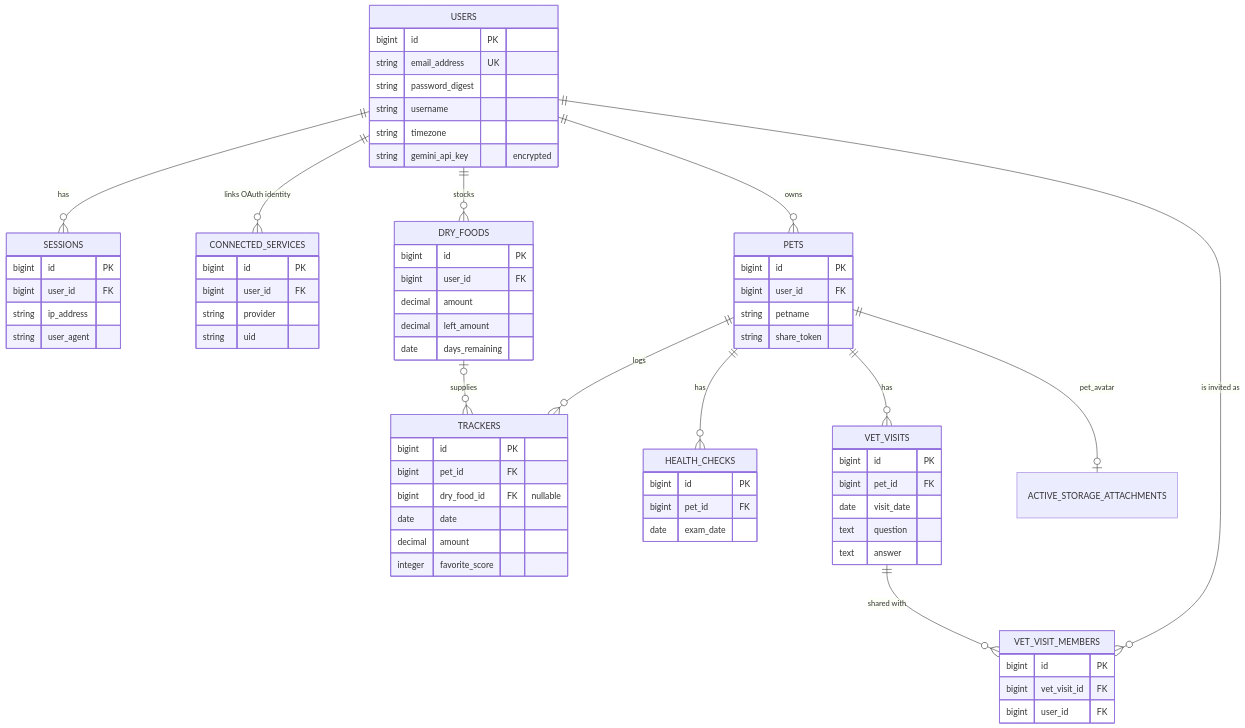
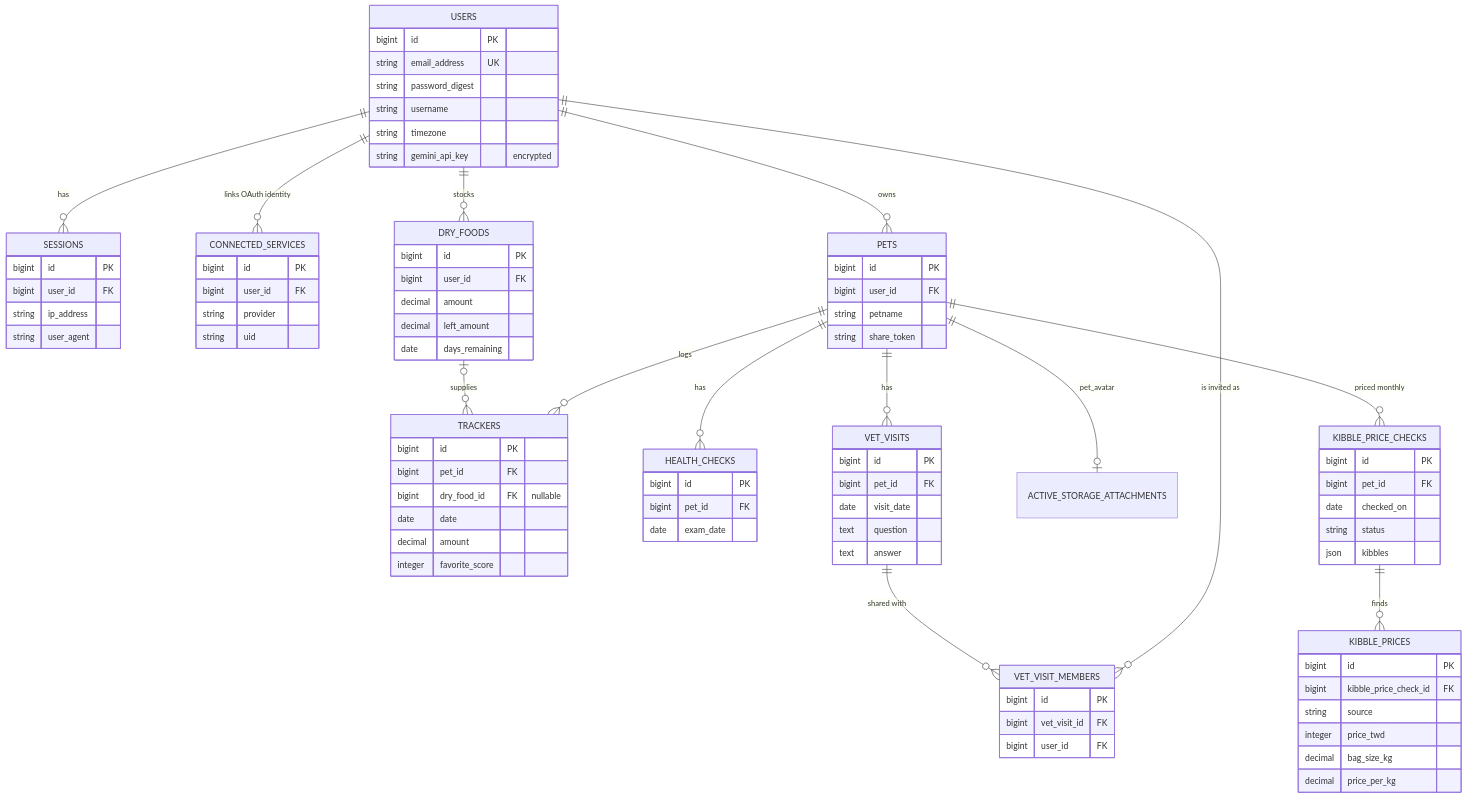
One commit to yuhruh/Pet_Feeding_Tracker_v4 changed the fifth of 7 diagrams in ARCHITECTURE.md. Above: the diagram before and after it, drawn with Mermaid. The commit also changed other lines of this file and 1 other file, not shown here.

First line of the commit message:
docs: cover the kibble price check in the architecture and usage docs

````diff
--- a/ARCHITECTURE.md
+++ b/ARCHITECTURE.md
@@ -508,6 +549,8 @@
   PETS ||--o| ACTIVE_STORAGE_ATTACHMENTS : "pet_avatar"
   DRY_FOODS |o--o{ TRACKERS : "supplies"
   VET_VISITS ||--o{ VET_VISIT_MEMBERS : "shared with"
+  PETS ||--o{ KIBBLE_PRICE_CHECKS : "priced monthly"
+  KIBBLE_PRICE_CHECKS ||--o{ KIBBLE_PRICES : "finds"
 
   USERS {
     bigint id PK
@@ -567,4 +610,19 @@
     bigint vet_visit_id FK
     bigint user_id FK
   }
+  KIBBLE_PRICE_CHECKS {
+    bigint id PK
+    bigint pet_id FK
+    date checked_on
+    string status
+    json kibbles
+  }
+  KIBBLE_PRICES {
+    bigint id PK
+    bigint kibble_price_check_id FK
+    string source
+    integer price_twd
+    decimal bag_size_kg
+    decimal price_per_kg
+  }
 ```
````
